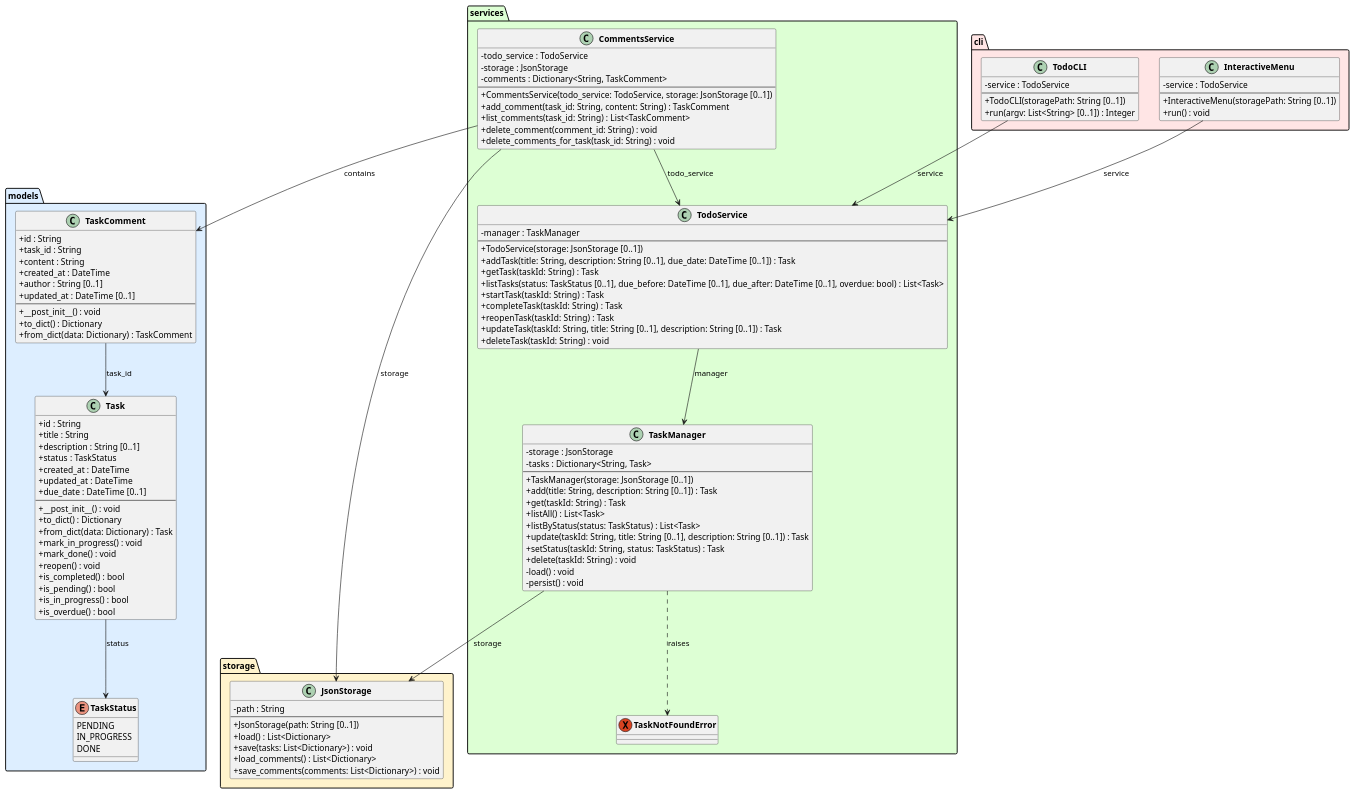
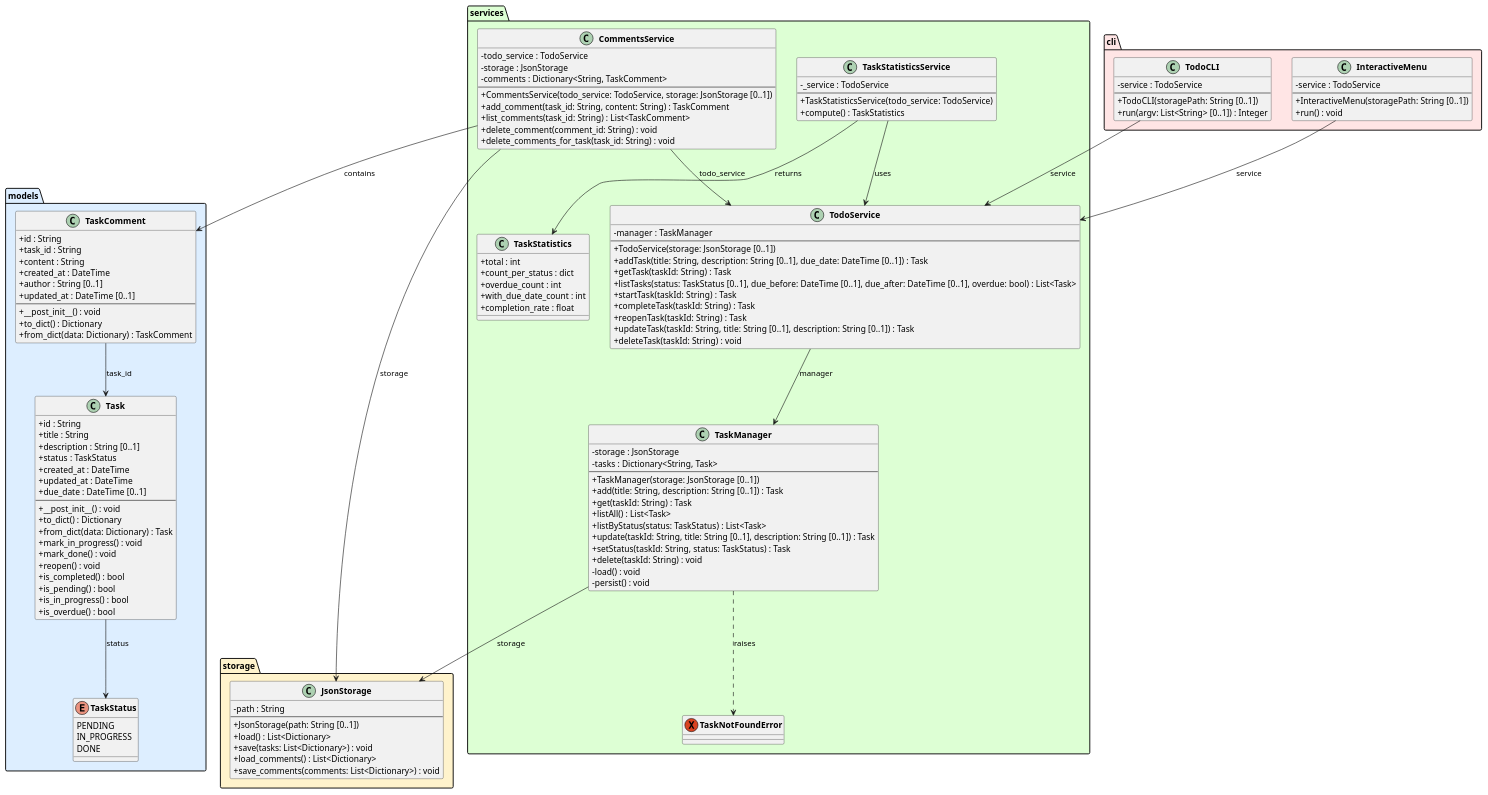
Before and after one commit to DanielRiha8906/Software_autoevolution_using_agents: the diagram in experiments/pipeline/test_driven/TODO/artifacts/class_diagram.puml, drawn with PlantUML. The commit also changed 8 other files, not shown here.

First line of the commit message:
Implement TaskStatisticsService with comprehensive statistics computation

```diff
--- a/experiments/pipeline/test_driven/TODO/artifacts/class_diagram.puml
+++ b/experiments/pipeline/test_driven/TODO/artifacts/class_diagram.puml
@@ -1,133 +1,150 @@
 @startuml class_diagram
 
 skinparam classAttributeIconSize 0
 skinparam classFontStyle bold
 
 package "models" #DDEEFF {
     enum TaskStatus {
         PENDING
         IN_PROGRESS
         DONE
     }
 
     class Task {
         +id : String
         +title : String
         +description : String [0..1]
         +status : TaskStatus
         +created_at : DateTime
         +updated_at : DateTime
         +due_date : DateTime [0..1]
         --
         +__post_init__() : void
         +to_dict() : Dictionary
         +from_dict(data: Dictionary) : Task
         +mark_in_progress() : void
         +mark_done() : void
         +reopen() : void
         +is_completed() : bool
         +is_pending() : bool
         +is_in_progress() : bool
         +is_overdue() : bool
     }
 
     class TaskComment {
         +id : String
         +task_id : String
         +content : String
         +created_at : DateTime
         +author : String [0..1]
         +updated_at : DateTime [0..1]
         --
         +__post_init__() : void
         +to_dict() : Dictionary
         +from_dict(data: Dictionary) : TaskComment
     }
 }
 
 package "storage" #FFF3CC {
     class JsonStorage {
         -path : String
         --
         +JsonStorage(path: String [0..1])
         +load() : List<Dictionary>
         +save(tasks: List<Dictionary>) : void
         +load_comments() : List<Dictionary>
         +save_comments(comments: List<Dictionary>) : void
     }
 }
 
 package "services" #DDFFD4 {
     exception TaskNotFoundError
 
     class TaskManager {
         -storage : JsonStorage
         -tasks : Dictionary<String, Task>
         --
         +TaskManager(storage: JsonStorage [0..1])
         +add(title: String, description: String [0..1]) : Task
         +get(taskId: String) : Task
         +listAll() : List<Task>
         +listByStatus(status: TaskStatus) : List<Task>
         +update(taskId: String, title: String [0..1], description: String [0..1]) : Task
         +setStatus(taskId: String, status: TaskStatus) : Task
         +delete(taskId: String) : void
         -load() : void
         -persist() : void
     }
 
     class TodoService {
         -manager : TaskManager
         --
         +TodoService(storage: JsonStorage [0..1])
         +addTask(title: String, description: String [0..1], due_date: DateTime [0..1]) : Task
         +getTask(taskId: String) : Task
         +listTasks(status: TaskStatus [0..1], due_before: DateTime [0..1], due_after: DateTime [0..1], overdue: bool) : List<Task>
         +startTask(taskId: String) : Task
         +completeTask(taskId: String) : Task
         +reopenTask(taskId: String) : Task
         +updateTask(taskId: String, title: String [0..1], description: String [0..1]) : Task
         +deleteTask(taskId: String) : void
     }
 
     class CommentsService {
         -todo_service : TodoService
         -storage : JsonStorage
         -comments : Dictionary<String, TaskComment>
         --
         +CommentsService(todo_service: TodoService, storage: JsonStorage [0..1])
         +add_comment(task_id: String, content: String) : TaskComment
         +list_comments(task_id: String) : List<TaskComment>
         +delete_comment(comment_id: String) : void
         +delete_comments_for_task(task_id: String) : void
     }
+
+    class TaskStatistics {
+        +total : int
+        +count_per_status : dict
+        +overdue_count : int
+        +with_due_date_count : int
+        +completion_rate : float
+    }
+
+    class TaskStatisticsService {
+        -_service : TodoService
+        --
+        +TaskStatisticsService(todo_service: TodoService)
+        +compute() : TaskStatistics
+    }
 }
 
 package "cli" #FFE5E5 {
     class TodoCLI {
         -service : TodoService
         --
         +TodoCLI(storagePath: String [0..1])
         +run(argv: List<String> [0..1]) : Integer
     }
 
     class InteractiveMenu {
         -service : TodoService
         --
         +InteractiveMenu(storagePath: String [0..1])
         +run() : void
     }
 }
 
 Task --> TaskStatus : status
 TaskComment --> Task : task_id
 TaskManager --> JsonStorage : storage
 TaskManager ..> TaskNotFoundError : raises
 TodoService --> TaskManager : manager
 CommentsService --> TodoService : todo_service
 CommentsService --> JsonStorage : storage
 CommentsService --> TaskComment : contains
+TaskStatisticsService --> TodoService : uses
+TaskStatisticsService --> TaskStatistics : returns
 TodoCLI --> TodoService : service
 InteractiveMenu --> TodoService : service
 
 @enduml
```
